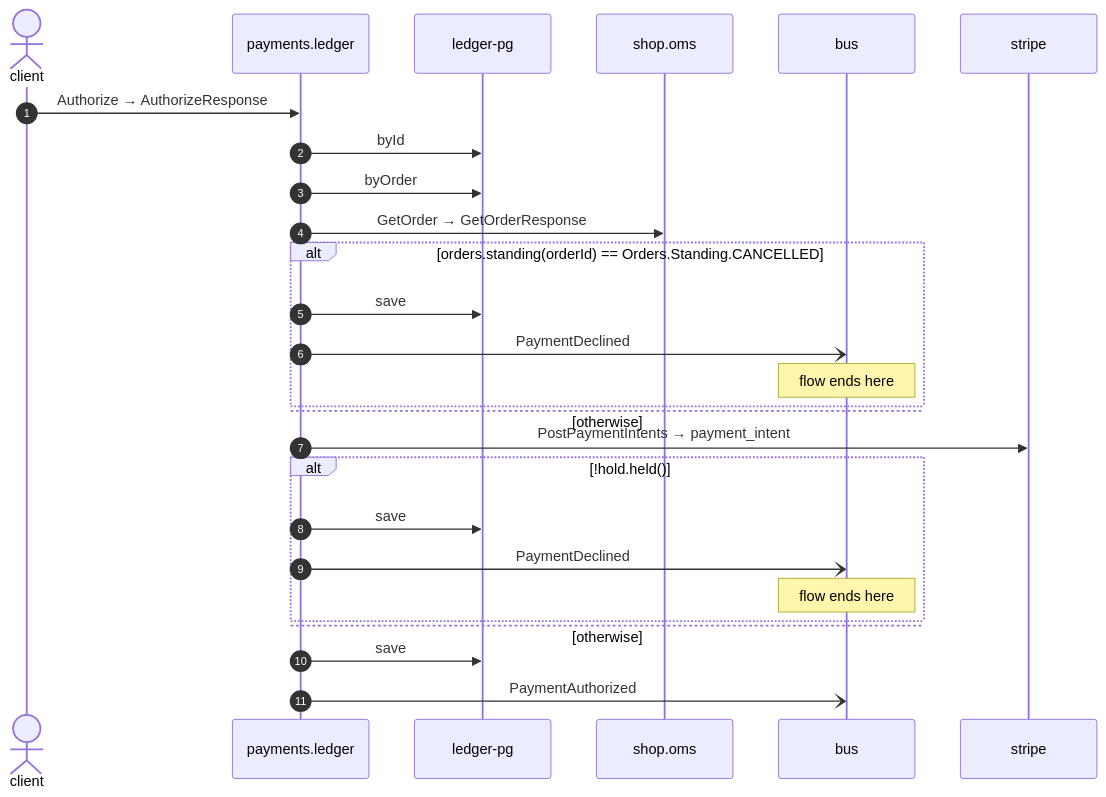
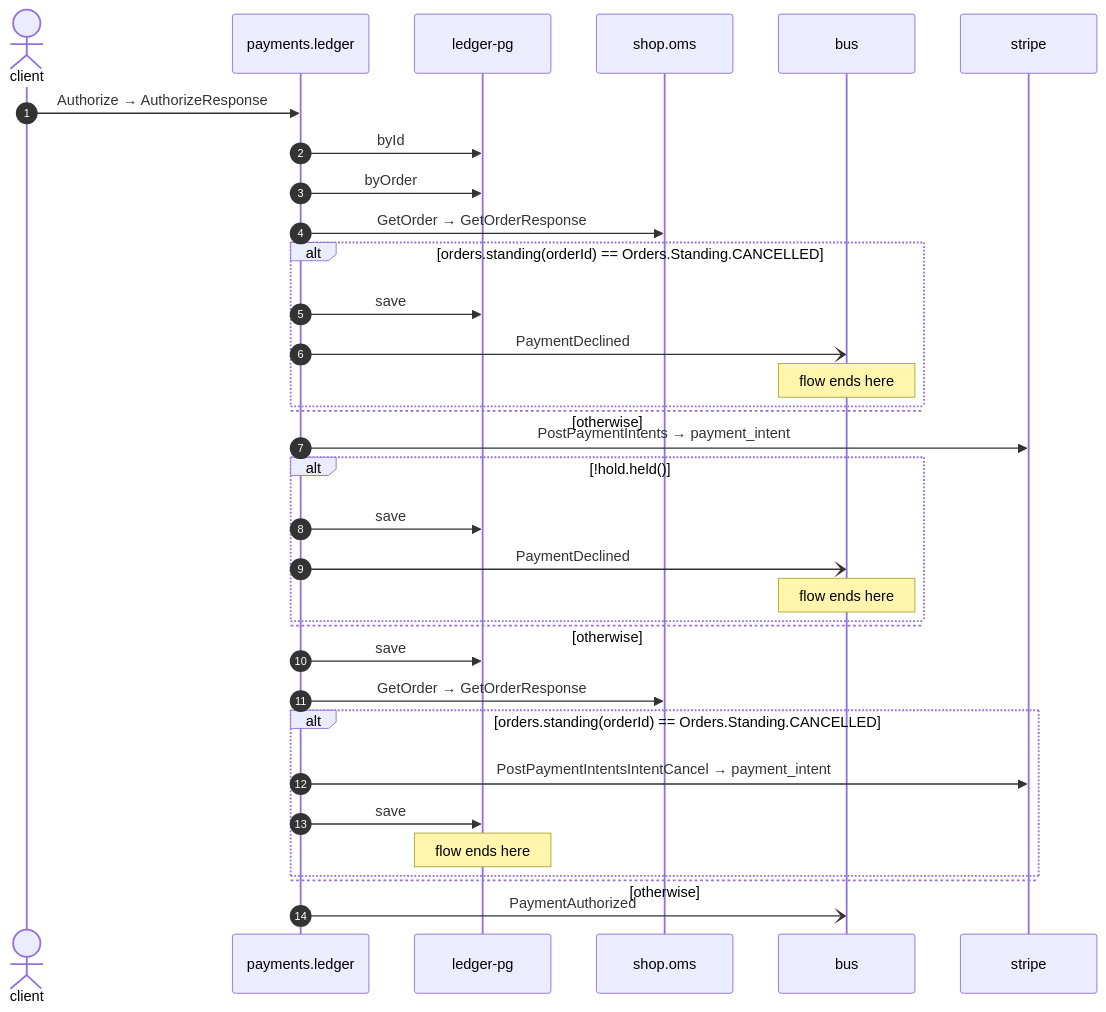
Before and after one commit to shortlink-org/portolan: the diagram in exports/mermaid/example/ledger-authorize.mmd, drawn with Mermaid. The commit also changed 23 other files, not shown here.

```diff
--- a/exports/mermaid/example/ledger-authorize.mmd
+++ b/exports/mermaid/example/ledger-authorize.mmd
@@ -1,27 +1,34 @@
 sequenceDiagram
     autonumber
     actor p0 as client
     participant p1 as payments.ledger
     participant p2 as ledger-pg
     participant p3 as shop.oms
     participant p4 as bus
     participant p5 as stripe
     p0->>p1: Authorize → AuthorizeResponse
     p1->>p2: byId
     p1->>p2: byOrder
     p1->>p3: GetOrder → GetOrderResponse
     alt orders.standing(orderId) == Orders.Standing.CANCELLED
         p1->>p2: save
         p1-)p4: PaymentDeclined
         Note over p4: flow ends here
     else otherwise
     end
     p1->>p5: PostPaymentIntents → payment_intent
     alt !hold.held()
         p1->>p2: save
         p1-)p4: PaymentDeclined
         Note over p4: flow ends here
     else otherwise
     end
     p1->>p2: save
+    p1->>p3: GetOrder → GetOrderResponse
+    alt orders.standing(orderId) == Orders.Standing.CANCELLED
+        p1->>p5: PostPaymentIntentsIntentCancel → payment_intent
+        p1->>p2: save
+        Note over p2: flow ends here
+    else otherwise
+    end
     p1-)p4: PaymentAuthorized
```
